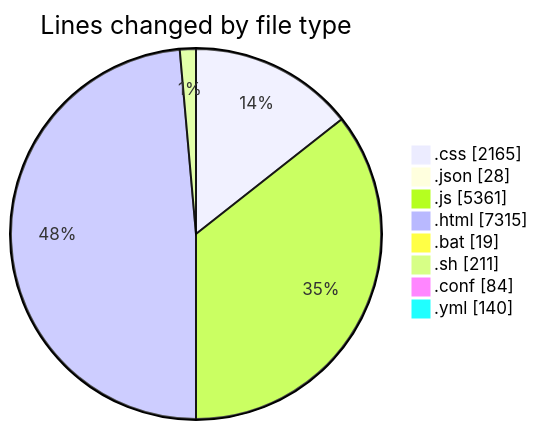
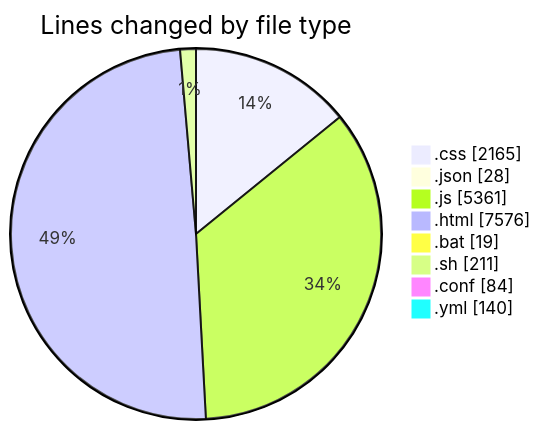
The first of 2 diagrams in 2026-02-18/bot_v1_2/README.md (becaeroporto-bot/code-tracking), drawn with Mermaid before and after one commit. The commit also changed other lines of this file and 1 other file, not shown here.

````diff
--- a/2026-02-18/bot_v1_2/README.md
+++ b/2026-02-18/bot_v1_2/README.md
@@ -44,12 +44,12 @@
 ```mermaid
 pie showData
 title Lines changed by file type
 ".css" : 2165
 ".json" : 28
 ".js" : 5361
-".html" : 7315
+".html" : 7576
 ".bat" : 19
 ".sh" : 211
 ".conf" : 84
 ".yml" : 140
 ```
````
